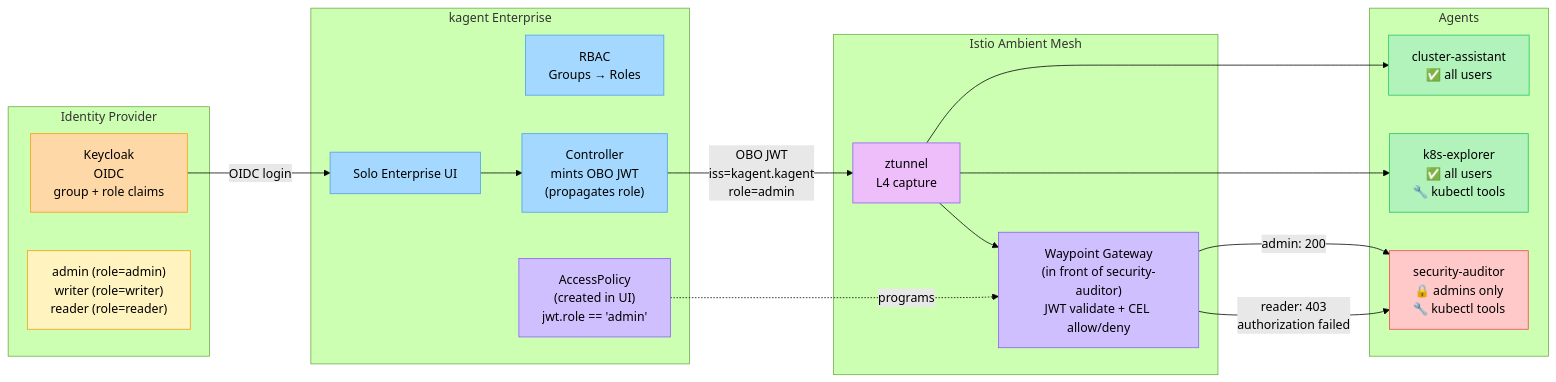
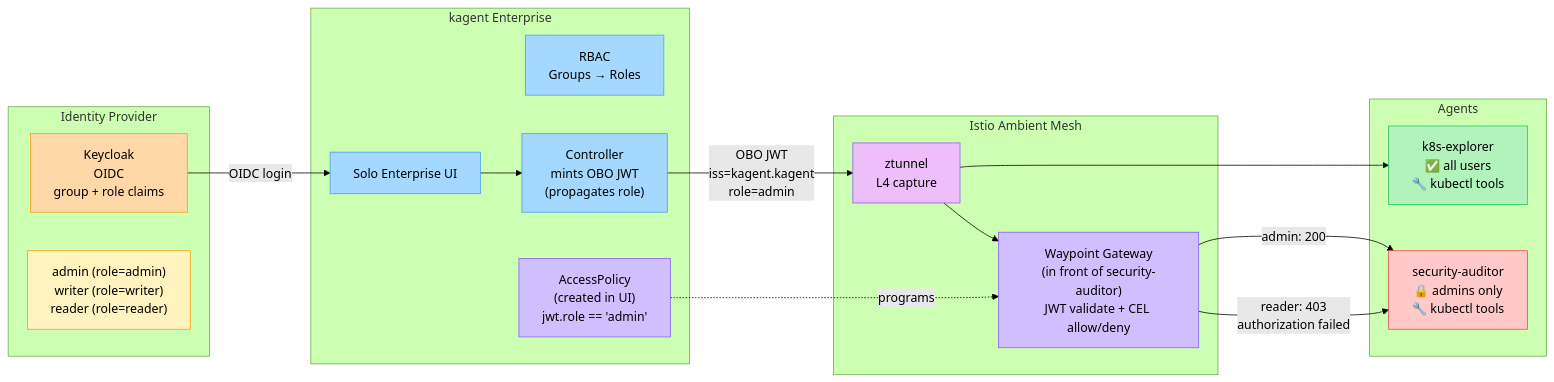
Before and after one commit to coryjett/solo-misc-workshops: the diagram in workshops/kagent-security/docs/architecture.mmd, drawn with Mermaid (forest theme). The commit also changed 4 other files, not shown here.

First line of the commit message:
simplify(kagent-security): drop cluster-assistant + bump model to gpt-5.4-mini

```diff
--- a/workshops/kagent-security/docs/architecture.mmd
+++ b/workshops/kagent-security/docs/architecture.mmd
@@ -1,45 +1,42 @@
 graph LR
     subgraph IdP["Identity Provider"]
         KC["Keycloak<br/>OIDC<br/>group + role claims"]
         Users["admin (role=admin)<br/>writer (role=writer)<br/>reader (role=reader)"]
     end
 
     subgraph KE["kagent Enterprise"]
         UI["Solo Enterprise UI"]
         RBAC["RBAC<br/>Groups → Roles"]
         CTRL["Controller<br/>mints OBO JWT<br/>(propagates role)"]
         AP["AccessPolicy<br/>(created in UI)<br/>jwt.role == 'admin'"]
     end
 
     subgraph Mesh["Istio Ambient Mesh"]
         ZT["ztunnel<br/>L4 capture"]
         WP["Waypoint Gateway<br/>(in front of security-auditor)<br/>JWT validate + CEL allow/deny"]
     end
 
     subgraph Agents
-        A1["cluster-assistant<br/>✅ all users"]
         A2["k8s-explorer<br/>✅ all users<br/>🔧 kubectl tools"]
         A3["security-auditor<br/>🔒 admins only<br/>🔧 kubectl tools"]
     end
 
     KC -->|OIDC login| UI
     UI --> CTRL
     CTRL -->|OBO JWT<br/>iss=kagent.kagent<br/>role=admin| ZT
-    ZT --> A1
     ZT --> A2
     ZT --> WP
     WP -->|admin: 200| A3
     WP -->|reader: 403<br/>authorization failed| A3
     AP -.->|programs| WP
 
     style KC fill:#ffd8a8,stroke:#f59e0b
     style Users fill:#fff3bf,stroke:#f59e0b
     style UI fill:#a5d8ff,stroke:#4a9eed
     style RBAC fill:#a5d8ff,stroke:#4a9eed
     style CTRL fill:#a5d8ff,stroke:#4a9eed
     style AP fill:#d0bfff,stroke:#8b5cf6
     style ZT fill:#eebefa,stroke:#8b5cf6
     style WP fill:#d0bfff,stroke:#8b5cf6
-    style A1 fill:#b2f2bb,stroke:#22c55e
     style A2 fill:#b2f2bb,stroke:#22c55e
     style A3 fill:#ffc9c9,stroke:#ef4444
```
